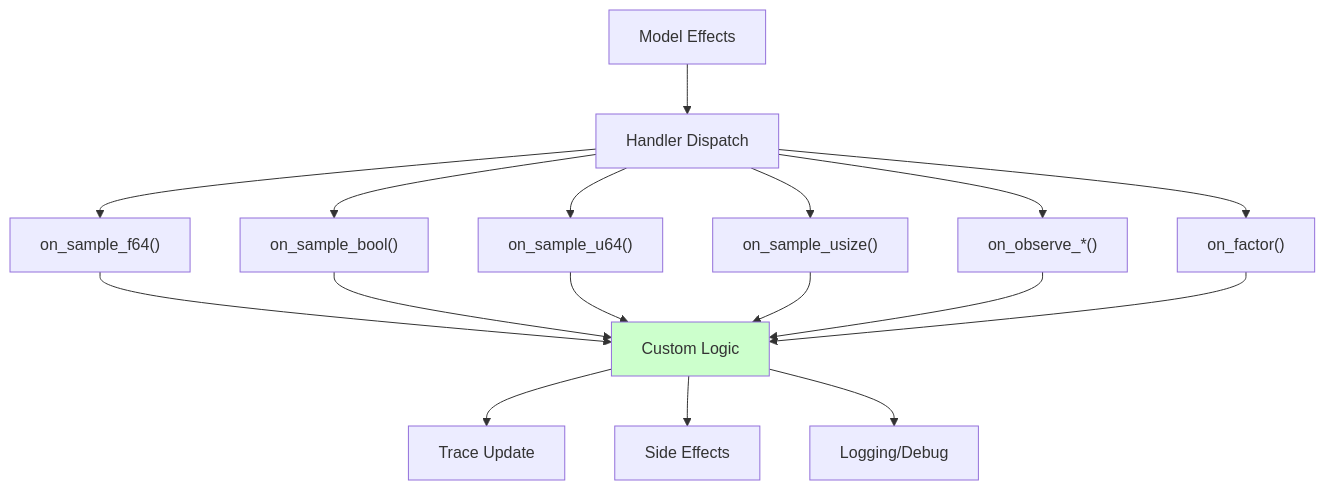
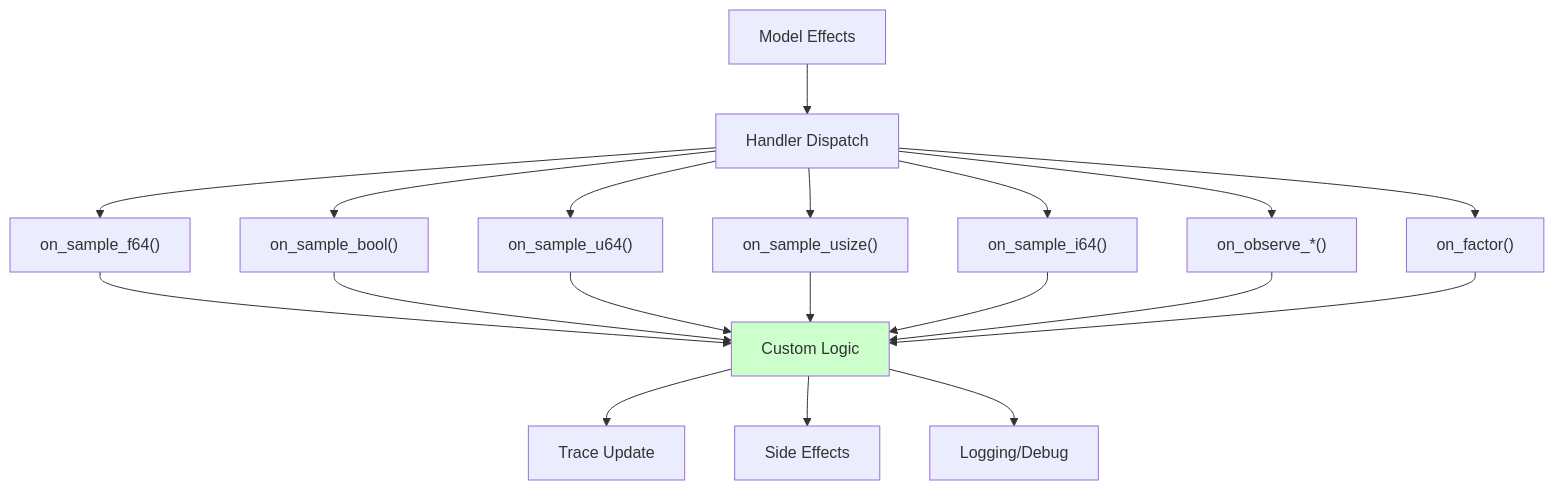
One commit to alexnodeland/fugue changed the third of 4 diagrams in docs/src/tutorials/foundation/trace-manipulation.md. Above: the diagram before and after it, drawn with Mermaid. The commit also changed other lines of this file and 42 other files, not shown here.

````diff
--- a/docs/src/tutorials/foundation/trace-manipulation.md
+++ b/docs/src/tutorials/foundation/trace-manipulation.md
@@ -161,23 +169,25 @@
 ```mermaid
 graph TD
     A["Model Effects"] --> B["Handler Dispatch"]
     B --> C["on_sample_f64()"]
     B --> D["on_sample_bool()"] 
     B --> E["on_sample_u64()"]
     B --> F["on_sample_usize()"]
+    B --> M["on_sample_i64()"]
     B --> G["on_observe_*()"]
     B --> H["on_factor()"]
     
     C --> I["Custom Logic"]
     D --> I
     E --> I
     F --> I
+    M --> I
     G --> I
     H --> I
     
     I --> J["Trace Update"]
     I --> K["Side Effects"]
     I --> L["Logging/Debug"]
     
     style I fill:#ccffcc
 ```
````
